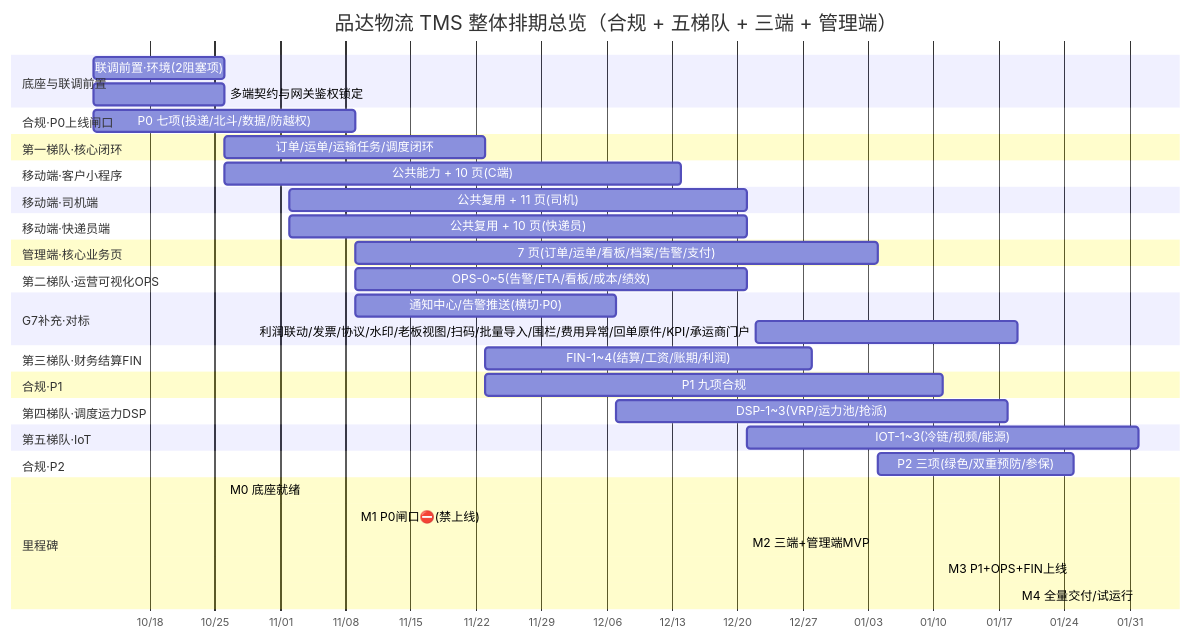
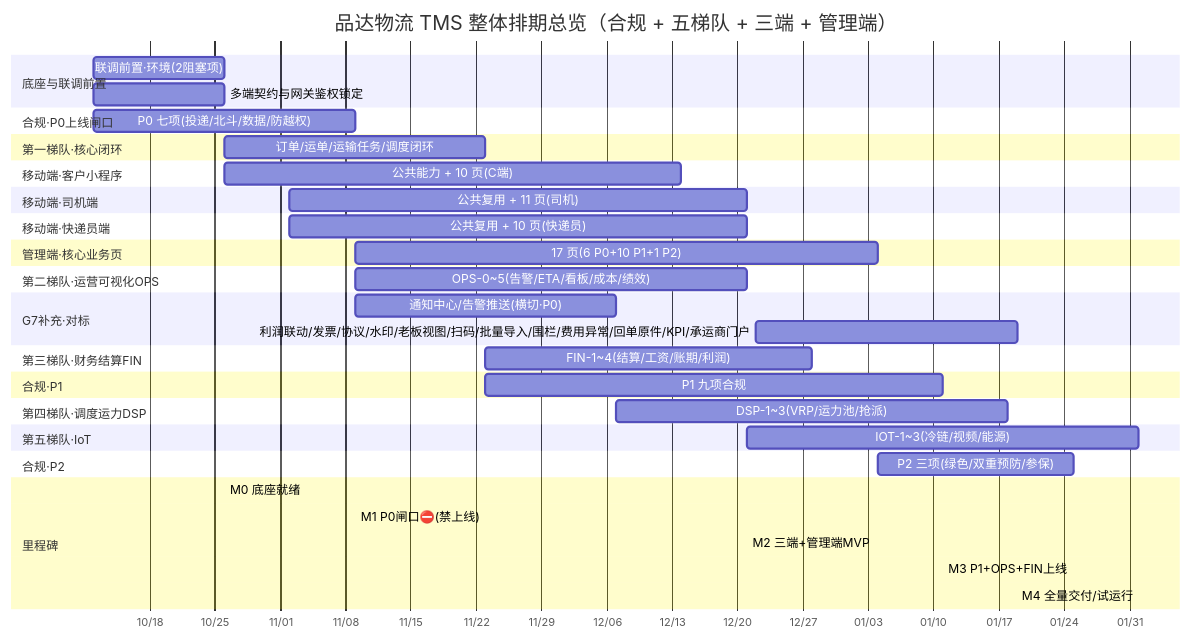
The diagram in docs/需求文档/整体项目排期总览甘特.md (itxinfei/pinda-tms), drawn with Mermaid before and after one commit. The commit also changed other lines of this file and 27 other files, not shown here.

````diff
--- a/docs/需求文档/整体项目排期总览甘特.md
+++ b/docs/需求文档/整体项目排期总览甘特.md
@@ -66,57 +66,57 @@
 ```mermaid
 gantt
     title 品达物流 TMS 整体排期总览（合规 + 五梯队 + 三端 + 管理端）
     dateFormat  YYYY-MM-DD
     axisFormat  %m/%d
 
     section 底座与联调前置
     联调前置·环境(2阻塞项)          :f0, 2026-10-12, 14d
     多端契约与网关鉴权锁定           :f1, 2026-10-12, 14d
 
     section 合规·P0上线闸口
     P0 七项(投递/北斗/数据/防越权)  :c0, 2026-10-12, 28d
 
     section 第一梯队·核心闭环
     订单/运单/运输任务/调度闭环     :t1, 2026-10-26, 28d
 
     section 移动端·客户小程序
     公共能力 + 10 页(C端)          :m1, 2026-10-26, 49d
 
     section 移动端·司机端
     公共复用 + 11 页(司机)         :m2, 2026-11-02, 49d
 
     section 移动端·快递员端
     公共复用 + 10 页(快递员)       :m3, 2026-11-02, 49d
 
     section 管理端·核心业务页
-    7 页(订单/运单/看板/档案/告警/支付) :a1, 2026-11-09, 56d
+    17 页(6 P0+10 P1+1 P2) :a1, 2026-11-09, 56d
 
     section 第二梯队·运营可视化OPS
     OPS-0~5(告警/ETA/看板/成本/绩效) :o1, 2026-11-09, 42d
 
     section G7补充·对标
     通知中心/告警推送(横切·P0)       :n1, 2026-11-09, 28d
     利润联动/发票/协议/水印/老板视图/扫码/批量导入/围栏/费用异常/回单原件/KPI/承运商门户 :g1, 2026-12-22, 28d
 
     section 第三梯队·财务结算FIN
     FIN-1~4(结算/工资/账期/利润)    :fi1, 2026-11-23, 35d
 
     section 合规·P1
     P1 九项合规                    :c1, 2026-11-23, 49d
 
     section 第四梯队·调度运力DSP
     DSP-1~3(VRP/运力池/抢派)       :d1, 2026-12-07, 42d
 
     section 第五梯队·IoT
     IOT-1~3(冷链/视频/能源)         :i1, 2026-12-21, 42d
 
     section 合规·P2
     P2 三项(绿色/双重预防/参保)     :c2, 2027-01-04, 21d
 
     section 里程碑
     M0 底座就绪                     :m0, 2026-10-26, 0d
     M1 P0闸口⛔(禁上线)             :m1m, 2026-11-09, 0d
     M2 三端+管理端MVP               :m2m, 2026-12-21, 0d
     M3 P1+OPS+FIN上线              :m3m, 2027-01-11, 0d
     M4 全量交付/试运行              :m4m, 2027-02-01, 0d
 ```
````
